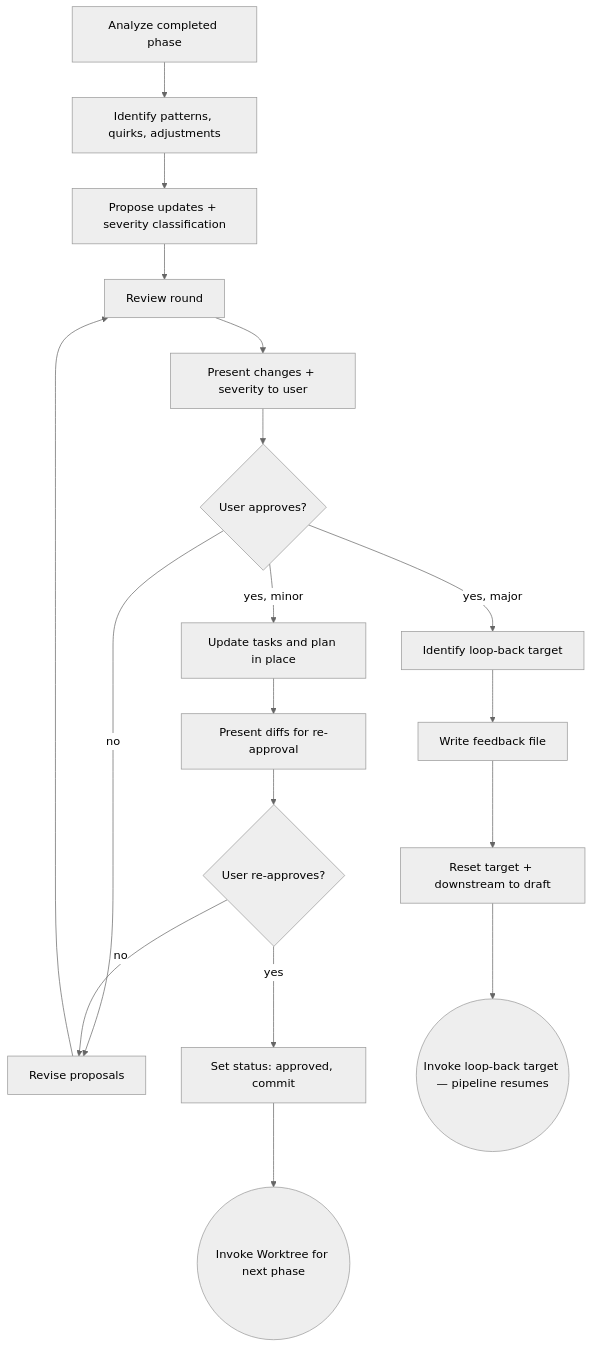
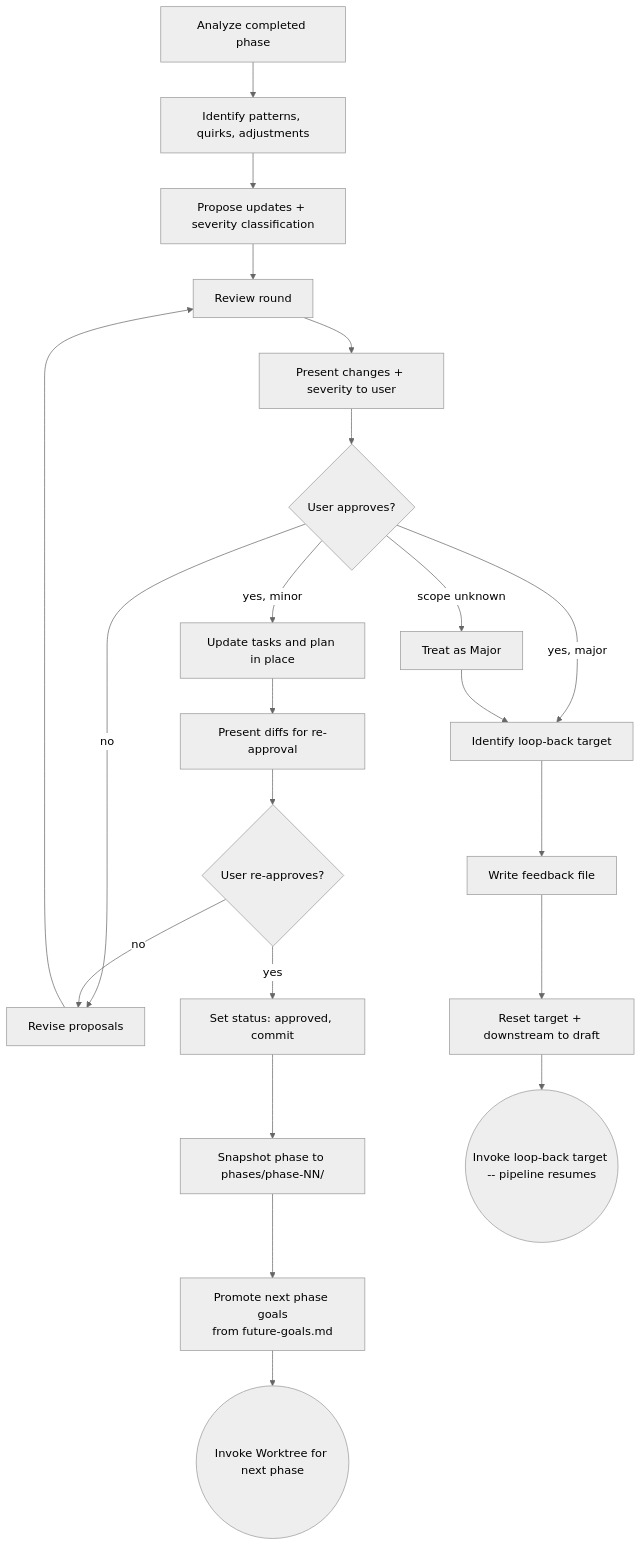
Before and after one commit to dfrysinger/qrspi-plus: diagram 15 of 21 in README.md, drawn with Mermaid (neutral theme). The commit also changed other lines of this file, not shown here.

First line of the commit message:
docs: update README with Hardening features and unique Mermaid diagrams

````diff
--- a/README.md
+++ b/README.md
@@ -428,20 +386,24 @@
 ```mermaid
 flowchart TD
     A[Analyze completed phase] --> B[Identify patterns, quirks, adjustments]
     B --> C[Propose updates + severity classification]
     C --> D[Review round]
     D --> E[Present changes + severity to user]
     E --> F{User approves?}
     F -->|no| G[Revise proposals]
     G --> D
     F -->|yes, minor| H[Update tasks and plan in place]
     H --> I[Present diffs for re-approval]
     I --> J{User re-approves?}
     J -->|no| G
     J -->|yes| K[Set status: approved, commit]
-    K --> M((Invoke Worktree for next phase))
+    K --> K2["Snapshot phase to phases/phase-NN/"]
+    K2 --> K3["Promote next phase goals\nfrom future-goals.md"]
+    K3 --> M((Invoke Worktree for next phase))
     F -->|yes, major| N[Identify loop-back target]
     N --> N2[Write feedback file]
     N2 --> N3[Reset target + downstream to draft]
-    N3 --> O((Invoke loop-back target — pipeline resumes))
+    N3 --> O((Invoke loop-back target -- pipeline resumes))
+    F -->|scope unknown| P[Treat as Major]
+    P --> N
 ```
````
